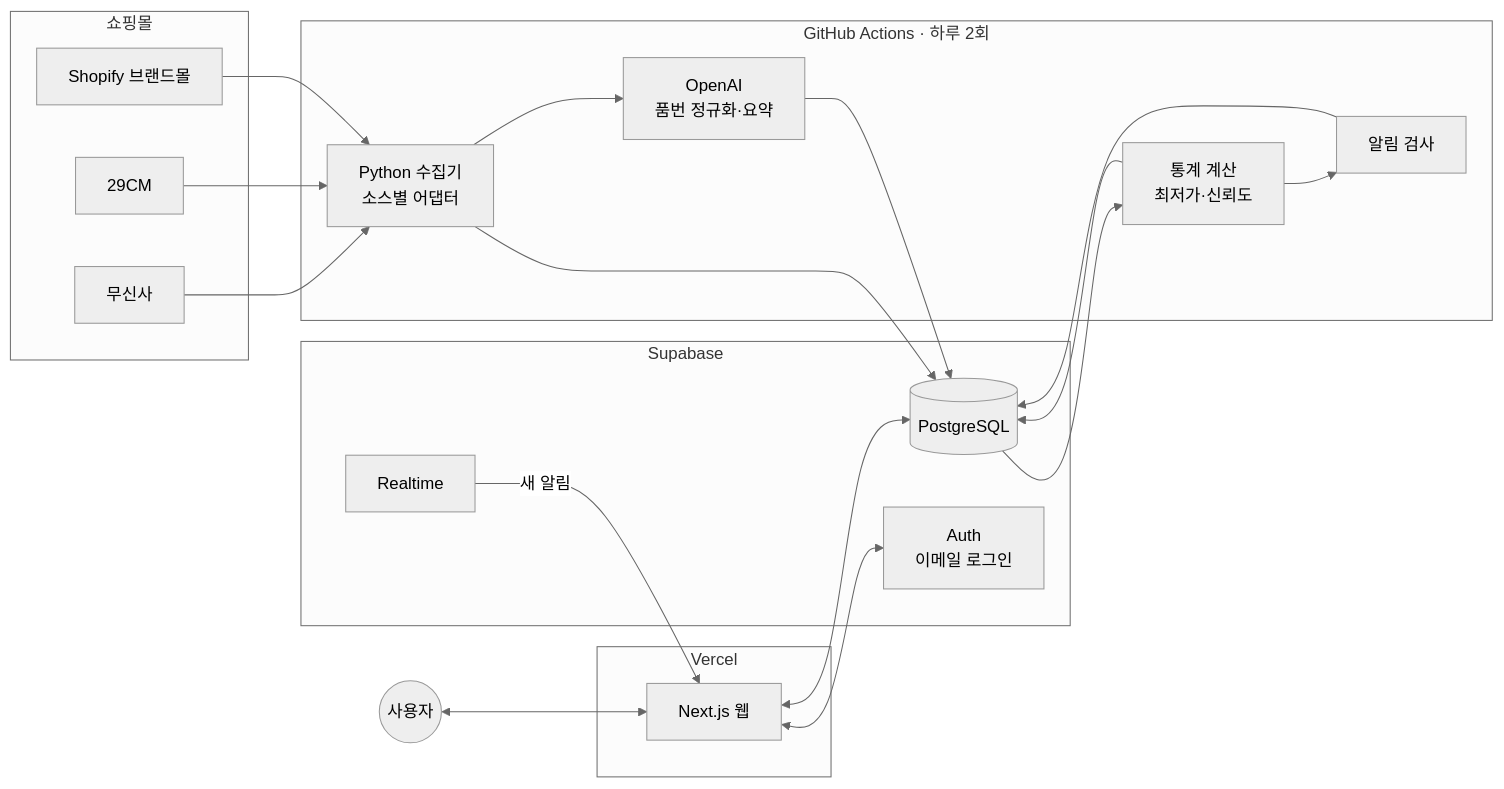
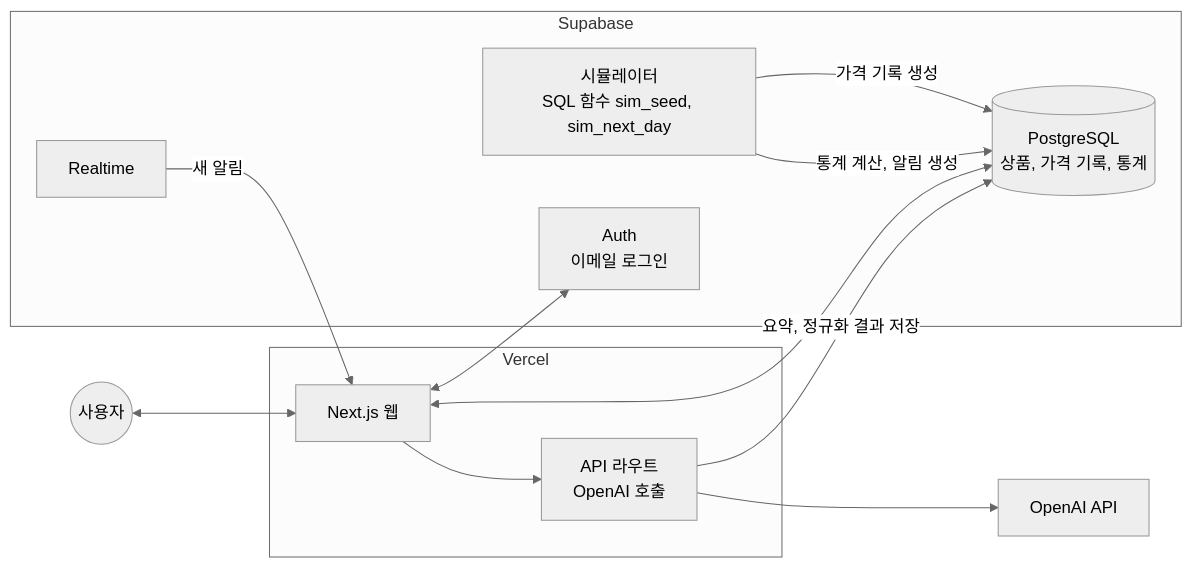
The diagram in docs/04_시스템설계.md (woojin-han/InjectionMonitor), drawn with Mermaid (neutral theme) before and after one commit. The commit also changed other lines of this file and 16 other files, not shown here.

First line of the commit message:
데모 시뮬레이터로 방향 전환: SQL 시뮬레이터, 판정 규칙 수정, 문서 갱신

````diff
--- a/docs/04_시스템설계.md
+++ b/docs/04_시스템설계.md
@@ -20,36 +19,26 @@
 ```mermaid
 flowchart LR
-  subgraph Sources[쇼핑몰]
-    M[무신사]
-    C[29CM]
-    S[Shopify 브랜드몰]
-  end
-
-  subgraph GHA[GitHub Actions · 하루 2회]
-    CR[Python 수집기<br/>소스별 어댑터]
-    ST[통계 계산<br/>최저가·신뢰도]
-    NT[알림 검사]
-    AI[OpenAI<br/>품번 정규화·요약]
-  end
-
   subgraph SB[Supabase]
-    DB[(PostgreSQL)]
+    SIM[시뮬레이터<br/>SQL 함수 sim_seed, sim_next_day]
+    DB[(PostgreSQL<br/>상품, 가격 기록, 통계)]
     AU[Auth<br/>이메일 로그인]
     RT[Realtime]
   end
 
   subgraph Web[Vercel]
     NX[Next.js 웹]
+    API[API 라우트<br/>OpenAI 호출]
   end
 
+  AI[OpenAI API]
   U((사용자))
 
-  M & C & S --> CR --> DB
-  CR --> AI --> DB
-  DB --> ST --> DB
-  ST --> NT --> DB
+  SIM -- 가격 기록 생성 --> DB
+  SIM -- 통계 계산, 알림 생성 --> DB
   NX <--> DB
   NX <--> AU
   RT -- 새 알림 --> NX
+  NX --> API --> AI
+  API -- 요약, 정규화 결과 저장 --> DB
   U <--> NX
 ```
````
